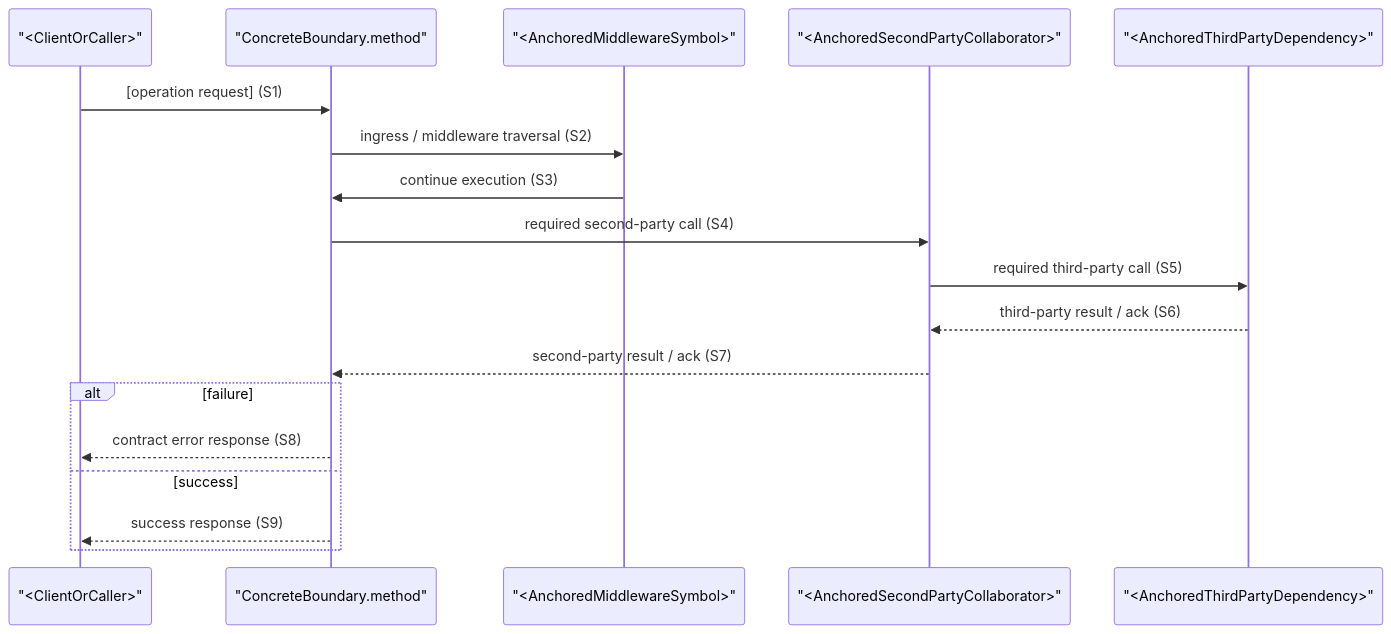
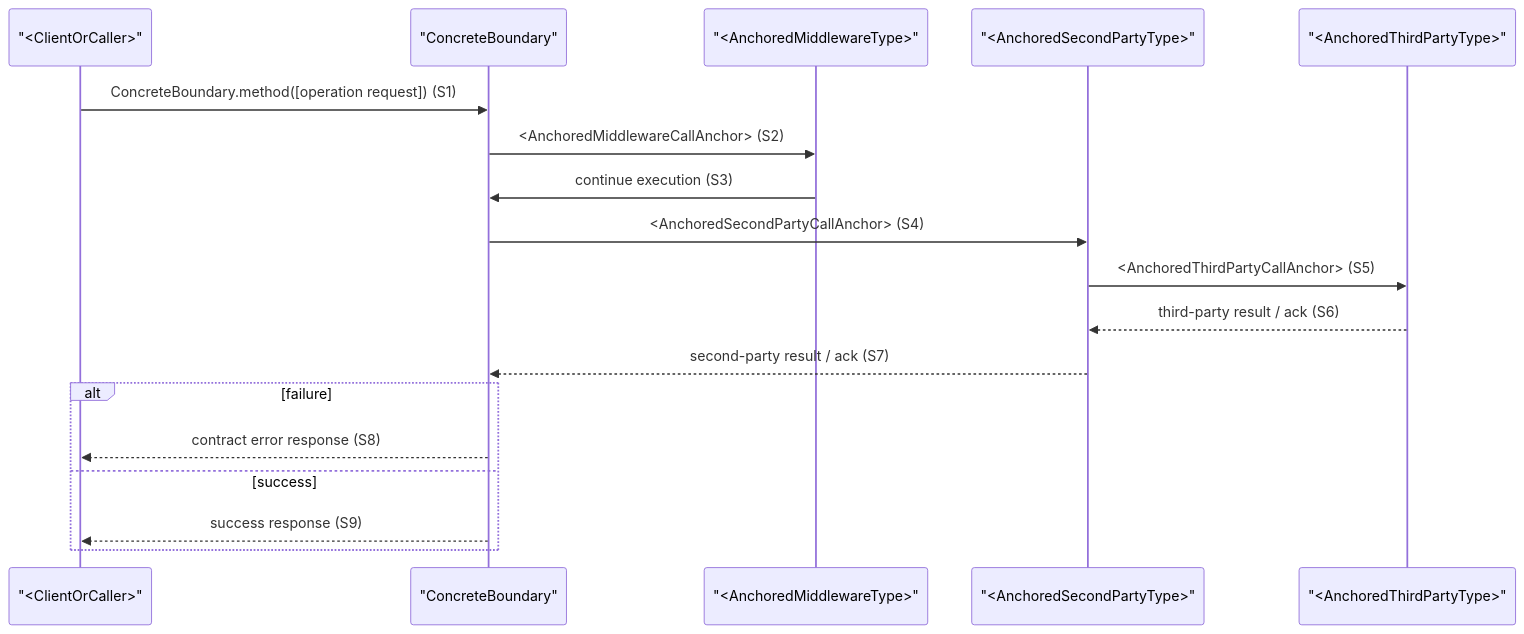
The fifth of 6 diagrams in templates/contract-template.md (bigsmartben/sdd), drawn with Mermaid before and after one commit. The commit also changed other lines of this file and 9 other files, not shown here.

````diff
--- a/templates/contract-template.md
+++ b/templates/contract-template.md
@@ -288,21 +289,21 @@
 ```mermaid
 sequenceDiagram
     participant Initiator as "<ClientOrCaller>"
-    participant Boundary as "ConcreteBoundary.method"
-    participant Middleware as "<AnchoredMiddlewareSymbol>"
-    participant SecondParty as "<AnchoredSecondPartyCollaborator>"
-    participant ThirdParty as "<AnchoredThirdPartyDependency>"
+    participant Boundary as "ConcreteBoundary"
+    participant Middleware as "<AnchoredMiddlewareType>"
+    participant SecondParty as "<AnchoredSecondPartyType>"
+    participant ThirdParty as "<AnchoredThirdPartyType>"
 
-    Initiator->>Boundary: [operation request] (S1)
-    Boundary->>Middleware: ingress / middleware traversal (S2)
+    Initiator->>Boundary: ConcreteBoundary.method([operation request]) (S1)
+    Boundary->>Middleware: <AnchoredMiddlewareCallAnchor> (S2)
     Middleware->>Boundary: continue execution (S3)
-    Boundary->>SecondParty: required second-party call (S4)
-    SecondParty->>ThirdParty: required third-party call (S5)
+    Boundary->>SecondParty: <AnchoredSecondPartyCallAnchor> (S4)
+    SecondParty->>ThirdParty: <AnchoredThirdPartyCallAnchor> (S5)
     ThirdParty-->>SecondParty: third-party result / ack (S6)
     SecondParty-->>Boundary: second-party result / ack (S7)
     alt failure
         Boundary-->>Initiator: contract error response (S8)
     else success
         Boundary-->>Initiator: success response (S9)
     end
 ```
````
